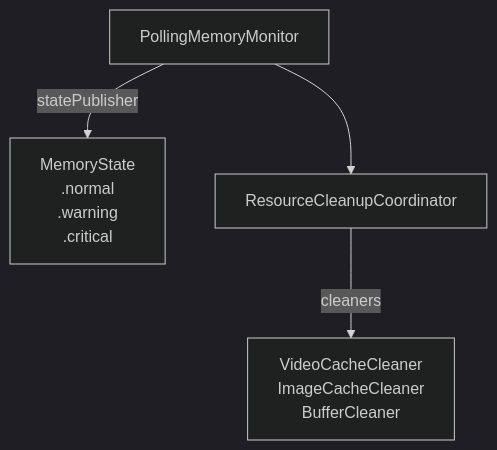
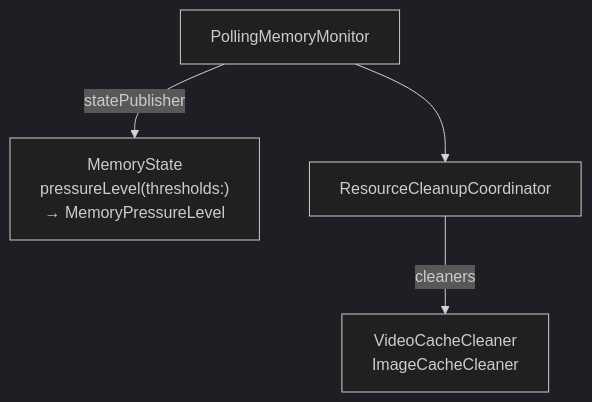
Before and after one commit to tattva20/StreamingVideoApp: the first of 2 diagrams in docs/features/MEMORY-MANAGEMENT.md, drawn with Mermaid (dark theme). The commit also changed other lines of this file and 43 other files, not shown here.

````diff
--- a/docs/features/MEMORY-MANAGEMENT.md
+++ b/docs/features/MEMORY-MANAGEMENT.md
@@ -9,6 +9,6 @@
 ```mermaid
 flowchart TB
-    PMM["PollingMemoryMonitor"] -->|statePublisher| MS["MemoryState<br/>.normal<br/>.warning<br/>.critical"]
+    PMM["PollingMemoryMonitor"] -->|statePublisher| MS["MemoryState<br/>pressureLevel(thresholds:)<br/>→ MemoryPressureLevel"]
     PMM --> RCC["ResourceCleanupCoordinator"]
-    RCC -->|cleaners| CL["VideoCacheCleaner<br/>ImageCacheCleaner<br/>BufferCleaner"]
+    RCC -->|cleaners| CL["VideoCacheCleaner<br/>ImageCacheCleaner"]
 ```
````
